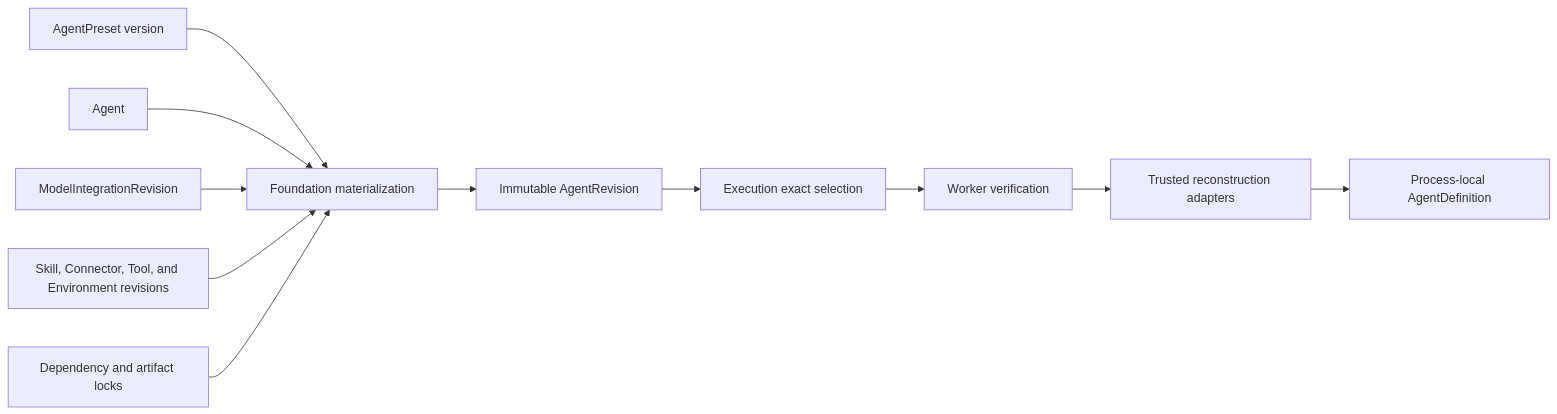
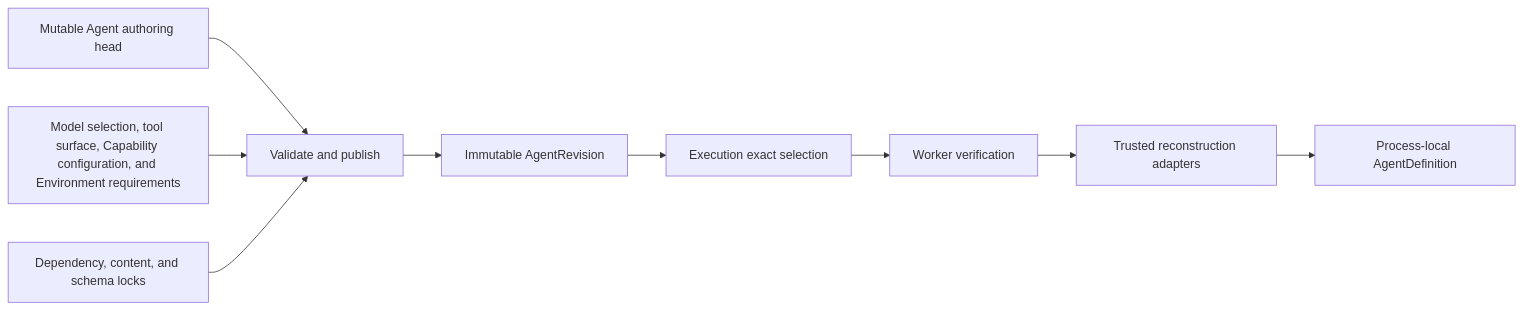
Before and after one commit to converge-ai-labs/agent-foundation: the first of 2 diagrams in spec/foundation-service/05-agent-revisions-and-reconstruction.md, drawn with Mermaid. The commit also changed other lines of this file and 5 other files, not shown here.

````diff
--- a/spec/foundation-service/05-agent-revisions-and-reconstruction.md
+++ b/spec/foundation-service/05-agent-revisions-and-reconstruction.md
@@ -28,13 +30,11 @@
 ```mermaid
 flowchart LR
-    Preset[AgentPreset version] --> Materialize[Foundation materialization]
-    Agent[Agent] --> Materialize
-    Model[ModelIntegrationRevision] --> Materialize
-    Resources[Skill, Connector, Tool, and Environment revisions] --> Materialize
-    Locks[Dependency and artifact locks] --> Materialize
-    Materialize --> Revision[Immutable AgentRevision]
+    Agent[Mutable Agent authoring head] --> Publish[Validate and publish]
+    Inputs[Model selection, tool surface, Capability configuration, and Environment requirements] --> Publish
+    Locks[Dependency, content, and schema locks] --> Publish
+    Publish --> Revision[Immutable AgentRevision]
     Revision --> Execution[Execution exact selection]
     Execution --> Verify[Worker verification]
     Verify --> Adapter[Trusted reconstruction adapters]
     Adapter --> Definition[Process-local AgentDefinition]
 ```
````
